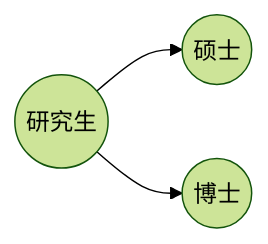
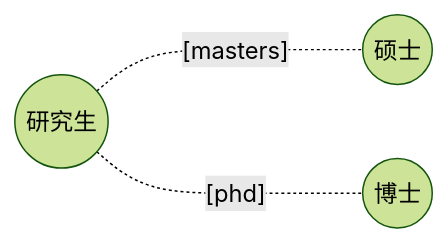
The third of 3 diagrams in Chinese/HSK4/汉语教程/第六课：我是跟旅游团一起来的.md (MoisesAdame/obsidian-notes), drawn with Mermaid (forest theme) before and after one commit. The commit also changed other lines of this file and 13 other files, not shown here.

````diff
--- a/Chinese/HSK4/汉语教程/第六课：我是跟旅游团一起来的.md
+++ b/Chinese/HSK4/汉语教程/第六课：我是跟旅游团一起来的.md
@@ -62,7 +61,8 @@
 ```mermaid
 graph LR
- A((研究生)) --> B
- A --> C
+ A -.[masters]..- B
+ A -.[phd]..- C
+ A((研究生)) 
  B((硕士))
  C((博士))
 ```
````
